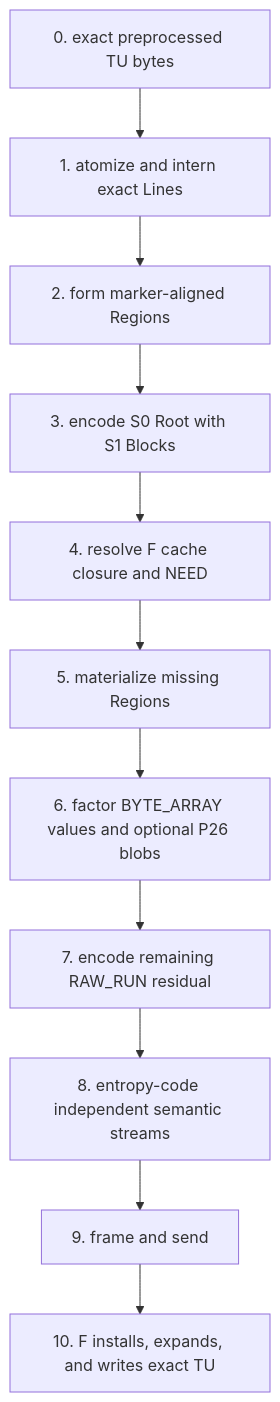
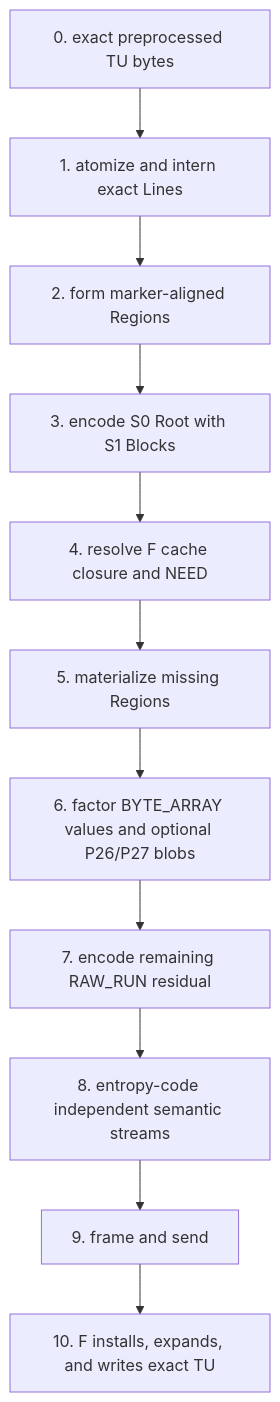
Before and after one commit to mickg10/icecream: the fourth of 10 diagrams in linecache/CODEC-PREDICTOR-ENTROPY-REFERENCE.md, drawn with Mermaid. The commit also changed other lines of this file and 5 other files, not shown here.

````diff
--- a/linecache/CODEC-PREDICTOR-ENTROPY-REFERENCE.md
+++ b/linecache/CODEC-PREDICTOR-ENTROPY-REFERENCE.md
@@ -292,16 +297,16 @@
 ```mermaid
 flowchart TD
     I[0. exact preprocessed TU bytes]
     A[1. atomize and intern exact Lines]
     G[2. form marker-aligned Regions]
     B[3. encode S0 Root with S1 Blocks]
     K[4. resolve F cache closure and NEED]
     R[5. materialize missing Regions]
-    V[6. factor BYTE_ARRAY values and optional P26 blobs]
+    V[6. factor BYTE_ARRAY values and optional P26/P27 blobs]
     L[7. encode remaining RAW_RUN residual]
     Z[8. entropy-code independent semantic streams]
     W[9. frame and send]
     D[10. F installs, expands, and writes exact TU]
 
     I --> A --> G --> B --> K --> R --> V --> L --> Z --> W --> D
 ```
````
